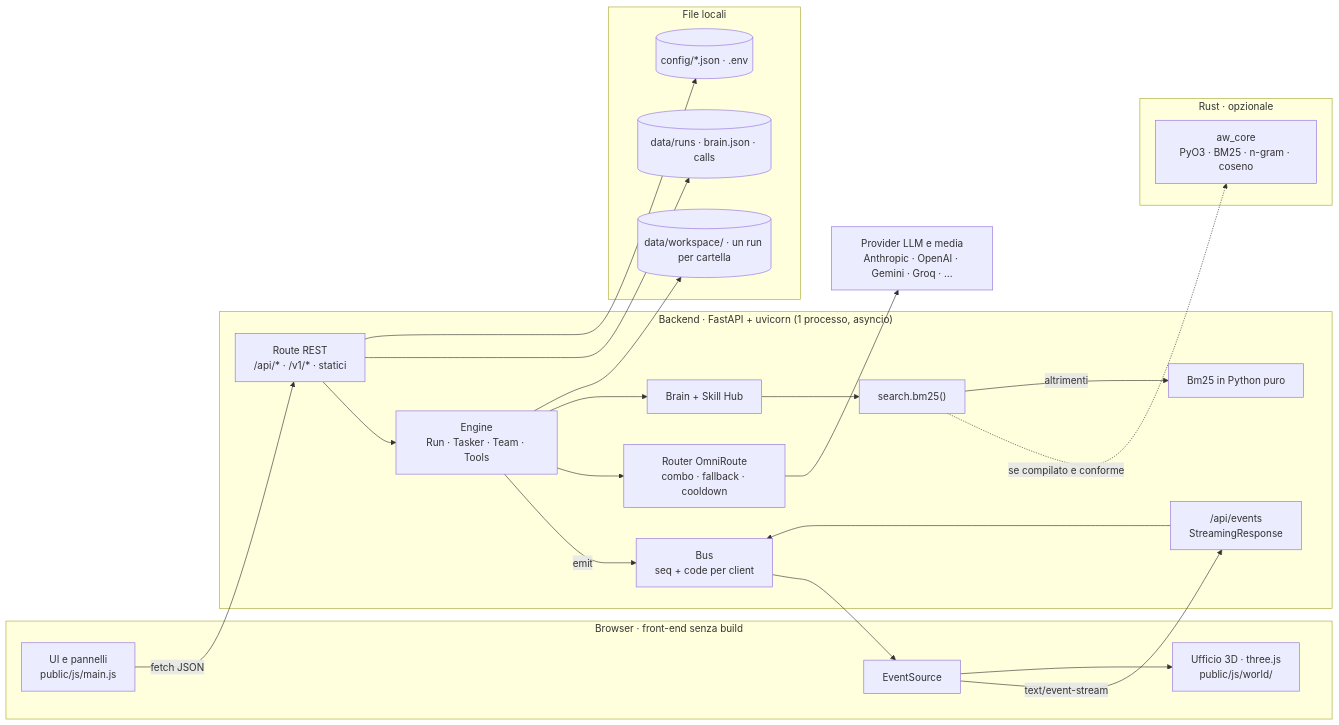
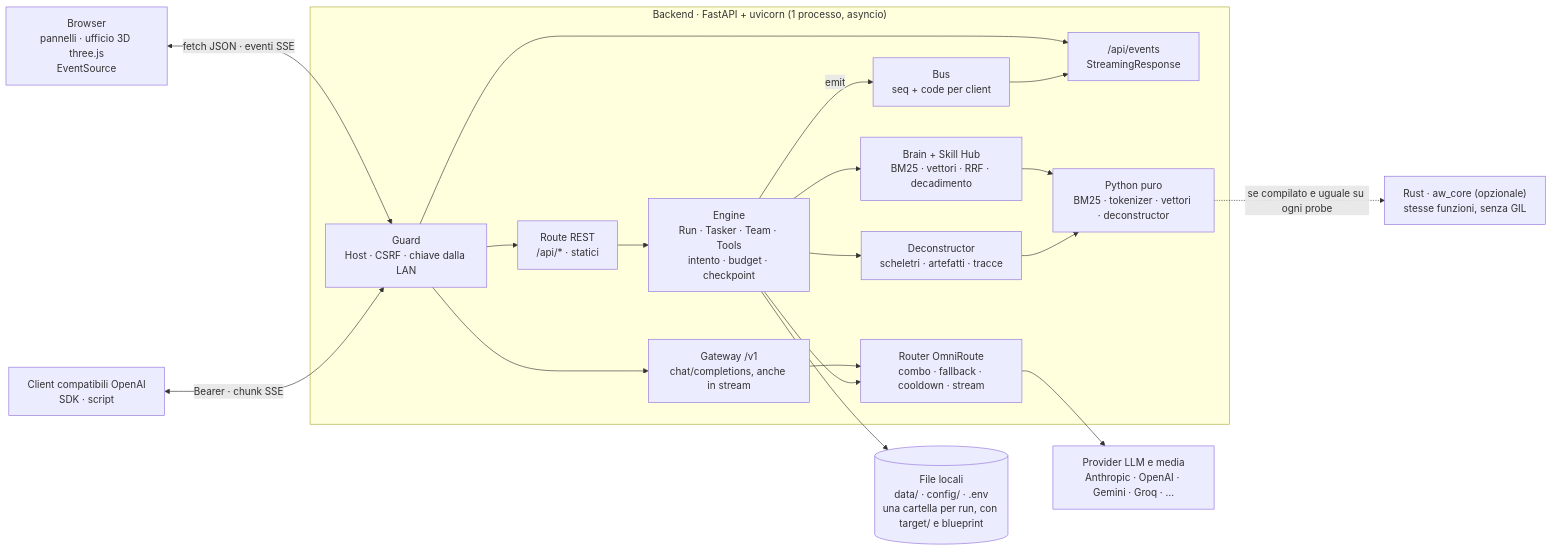
One commit to GiuseppeGiannelli-rgb/agent-world changed the first of 11 diagrams in README.md. Above: the diagram before and after it, drawn with Mermaid. The commit also changed other lines of this file and 20 other files, not shown here.

First line of the commit message:
README: the app after spec 11 in diagrams and screenshots; tables in the file viewer

````diff
--- a/README.md
+++ b/README.md
@@ -94,46 +100,32 @@
 ```mermaid
 flowchart LR
-    subgraph Browser["Browser · front-end senza build"]
-        UI["UI e pannelli<br/>public/js/main.js"]
-        W3D["Ufficio 3D · three.js<br/>public/js/world/"]
-        ES["EventSource"]
+    UI["Browser<br/>pannelli · ufficio 3D three.js<br/>EventSource"]
+    CLI["Client compatibili OpenAI<br/>SDK · script"]
+    subgraph Py["Backend · FastAPI + uvicorn (1 processo, asyncio)"]
+        GUARD["Guard<br/>Host · CSRF · chiave dalla LAN"]
+        API["Route REST<br/>/api/* · statici"]
+        SSE["/api/events<br/>StreamingResponse"]
+        GW["Gateway /v1<br/>chat/completions, anche in stream"]
+        BUS["Bus<br/>seq + code per client"]
+        ENG["Engine<br/>Run · Tasker · Team · Tools<br/>intento · budget · checkpoint"]
+        RT["Router OmniRoute<br/>combo · fallback · cooldown · stream"]
+        MEM["Brain + Skill Hub<br/>BM25 · vettori · RRF · decadimento"]
+        DEC["Deconstructor<br/>scheletri · artefatti · tracce"]
+        PY["Python puro<br/>BM25 · tokenizer · vettori · deconstructor"]
     end
+    AW["Rust · aw_core (opzionale)<br/>stesse funzioni, senza GIL"]
+    LLM["Provider LLM e media<br/>Anthropic · OpenAI · Gemini · Groq · …"]
+    FILES[("File locali<br/>data/ · config/ · .env<br/>una cartella per run, con target/ e blueprint")]
 
-    subgraph Py["Backend · FastAPI + uvicorn (1 processo, asyncio)"]
-        API["Route REST<br/>/api/* · /v1/* · statici"]
-        SSE["/api/events<br/>StreamingResponse"]
-        BUS["Bus<br/>seq + code per client"]
-        ENG["Engine<br/>Run · Tasker · Team · Tools"]
-        RT["Router OmniRoute<br/>combo · fallback · cooldown"]
-        MEM["Brain + Skill Hub"]
-        SRCH["search.bm25()"]
-        PYB["Bm25 in Python puro"]
-    end
-
-    subgraph Rs["Rust · opzionale"]
-        AW["aw_core<br/>PyO3 · BM25 · n-gram · coseno"]
-    end
-
-    subgraph Disk["File locali"]
-        DATA[("data/runs · brain.json · calls")]
-        WS[("data/workspace/ · un run per cartella")]
-        CFG[("config/*.json · .env")]
-    end
-
-    LLM["Provider LLM e media<br/>Anthropic · OpenAI · Gemini · Groq · …"]
-
-    UI -->|fetch JSON| API
-    ES -->|text/event-stream| SSE
-    SSE --> BUS
-    API --> ENG
-    ENG -->|emit| BUS
+    UI <-->|fetch JSON · eventi SSE| GUARD
+    CLI <-->|Bearer · chunk SSE| GUARD
+    GUARD --> API --> ENG
+    GUARD --> SSE
+    GUARD --> GW --> RT
+    ENG -->|emit| BUS --> SSE
     ENG --> RT --> LLM
-    ENG --> MEM --> SRCH
-    SRCH -.->|se compilato e conforme| AW
-    SRCH -->|altrimenti| PYB
-    ENG --> WS
-    API --> DATA
-    API --> CFG
-    BUS --> ES
-    ES --> W3D
+    ENG --> MEM --> PY
+    ENG --> DEC --> PY
+    PY -.->|se compilato e uguale su ogni probe| AW
+    ENG --> FILES
 ```
````
